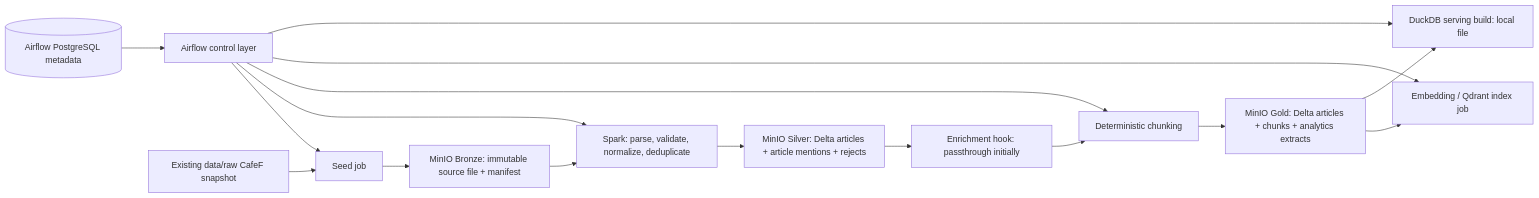
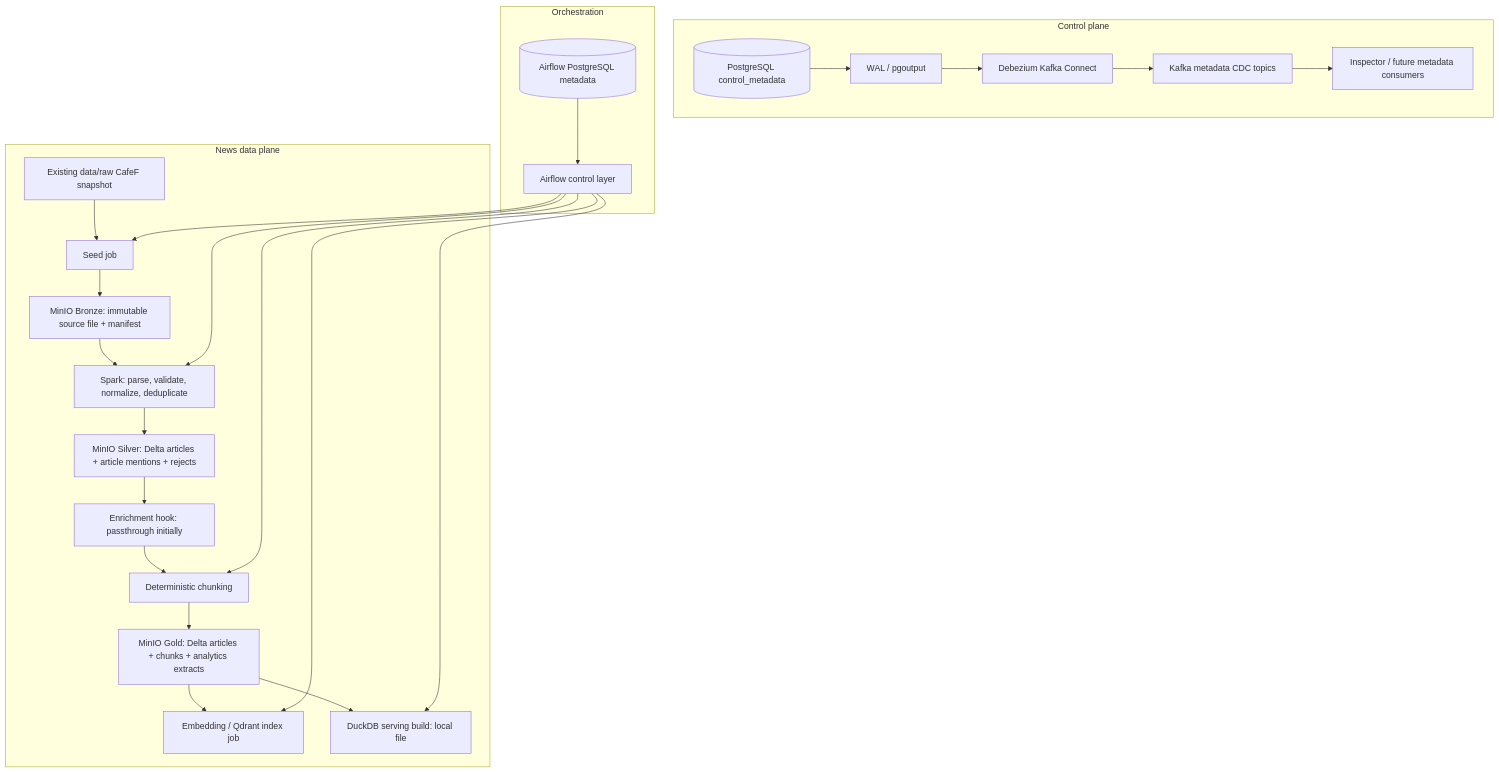
One commit to minhphu05/financial-news changed the diagram in docs/local-architecture.md. Above: the diagram before and after it, drawn with Mermaid. The commit also changed other lines of this file and 29 other files, not shown here.

Commit message:
feat(metadata-cdc): add local PostgreSQL Debezium Kafka control plane

````diff
--- a/docs/local-architecture.md
+++ b/docs/local-architecture.md
@@ -11,18 +11,28 @@
 ```mermaid
-flowchart LR
-    AF[Airflow control layer] --> B
+flowchart TB
+    subgraph CP[Control plane]
+        MPG[(PostgreSQL control_metadata)] --> WAL[WAL / pgoutput]
+        WAL --> DBZ[Debezium Kafka Connect]
+        DBZ --> KF[Kafka metadata CDC topics]
+        KF --> MC[Inspector / future metadata consumers]
+    end
+    subgraph OR[Orchestration]
+        AP[(Airflow PostgreSQL metadata)] --> AF[Airflow control layer]
+    end
+    subgraph DP[News data plane]
+        A[Existing data/raw CafeF snapshot] --> B[Seed job]
+        B --> C[MinIO Bronze: immutable source file + manifest]
+        C --> D[Spark: parse, validate, normalize, deduplicate]
+        D --> E[MinIO Silver: Delta articles + article mentions + rejects]
+        E --> F[Enrichment hook: passthrough initially]
+        F --> G[Deterministic chunking]
+        G --> H[MinIO Gold: Delta articles + chunks + analytics extracts]
+        H --> I[Embedding / Qdrant index job]
+        H --> J[DuckDB serving build: local file]
+    end
+    AF --> B
     AF --> D
     AF --> G
     AF --> I
     AF --> J
-    A[Existing data/raw CafeF snapshot] --> B[Seed job]
-    B --> C[MinIO Bronze: immutable source file + manifest]
-    C --> D[Spark: parse, validate, normalize, deduplicate]
-    D --> E[MinIO Silver: Delta articles + article mentions + rejects]
-    E --> F[Enrichment hook: passthrough initially]
-    F --> G[Deterministic chunking]
-    G --> H[MinIO Gold: Delta articles + chunks + analytics extracts]
-    H --> I[Embedding / Qdrant index job]
-    H --> J[DuckDB serving build: local file]
-    AP[(Airflow PostgreSQL metadata)] --> AF
 ```
````
